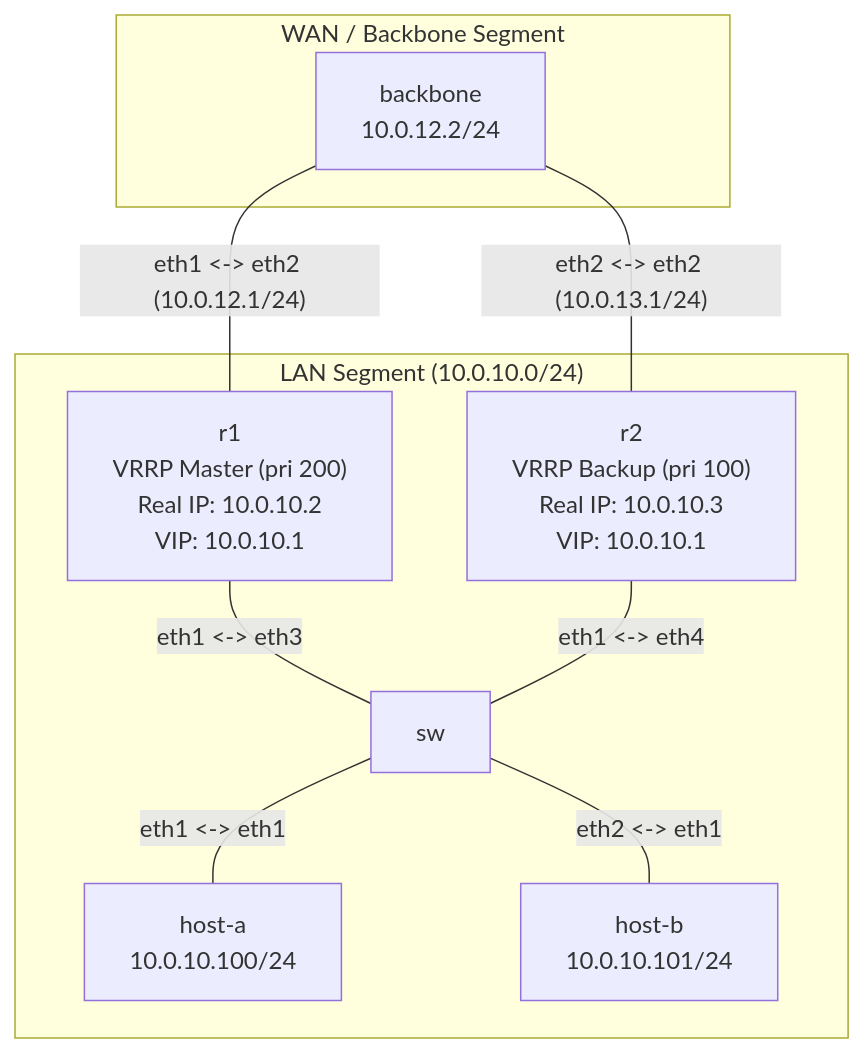
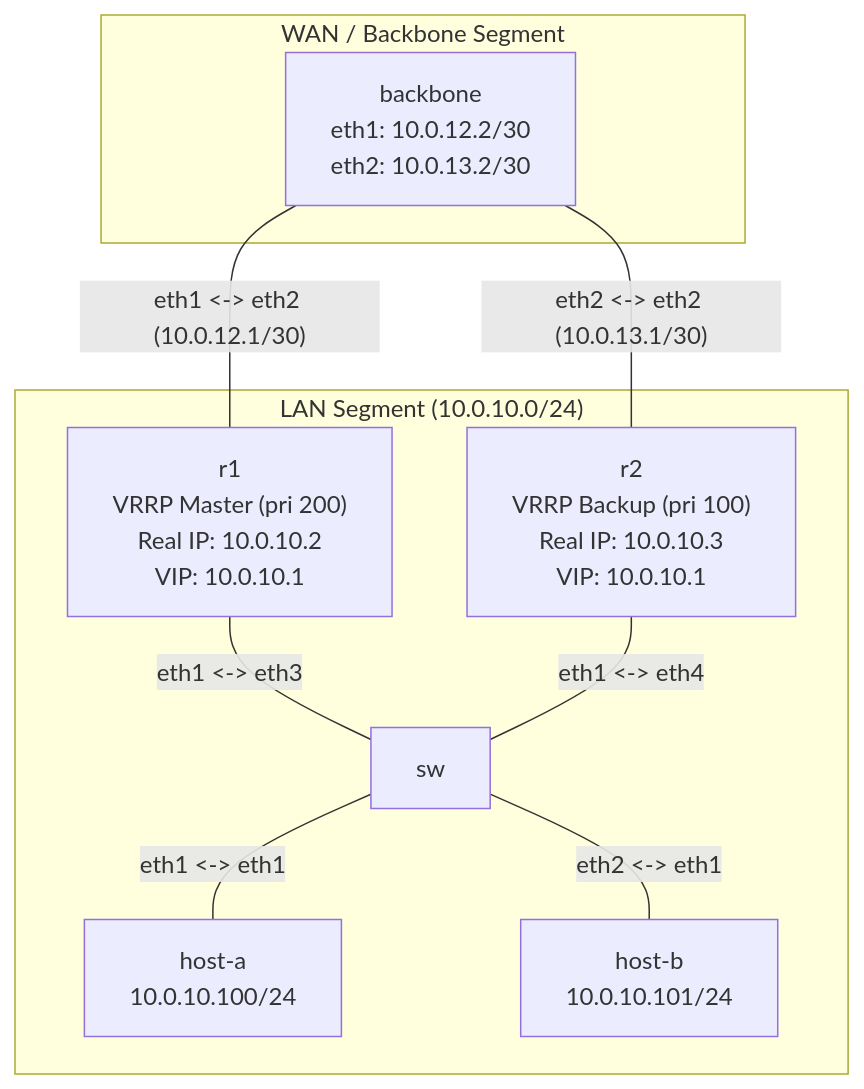
The diagram in bai-tap-ve-nha/06-vrrp-ecmp-gateway-ha/lab-guide.md (thangphan205/containerlab-demo), drawn with Mermaid before and after one commit.

Commit message:
docs: fix topology diagram to use /30 best practice subnets for transit links

````diff
--- a/bai-tap-ve-nha/06-vrrp-ecmp-gateway-ha/lab-guide.md
+++ b/bai-tap-ve-nha/06-vrrp-ecmp-gateway-ha/lab-guide.md
@@ -15,21 +15,21 @@
 ```mermaid
 graph TD
     subgraph wan_segment ["WAN / Backbone Segment"]
-        backbone["backbone<br>10.0.12.2/24"]
+        backbone["backbone<br>eth1: 10.0.12.2/30<br>eth2: 10.0.13.2/30"]
     end
 
     subgraph lan_segment ["LAN Segment (10.0.10.0/24)"]
         r1["r1<br>VRRP Master (pri 200)<br>Real IP: 10.0.10.2<br>VIP: 10.0.10.1"]
         r2["r2<br>VRRP Backup (pri 100)<br>Real IP: 10.0.10.3<br>VIP: 10.0.10.1"]
         sw[sw]
         host-a["host-a<br>10.0.10.100/24"]
         host-b["host-b<br>10.0.10.101/24"]
     end
 
-    backbone -- "eth1 <-> eth2 (10.0.12.1/24)" --- r1
-    backbone -- "eth2 <-> eth2 (10.0.13.1/24)" --- r2
+    backbone -- "eth1 <-> eth2 (10.0.12.1/30)" --- r1
+    backbone -- "eth2 <-> eth2 (10.0.13.1/30)" --- r2
     r1 -- "eth1 <-> eth3" --- sw
     r2 -- "eth1 <-> eth4" --- sw
     sw -- "eth1 <-> eth1" --- host-a
     sw -- "eth2 <-> eth1" --- host-b
 ```
````
